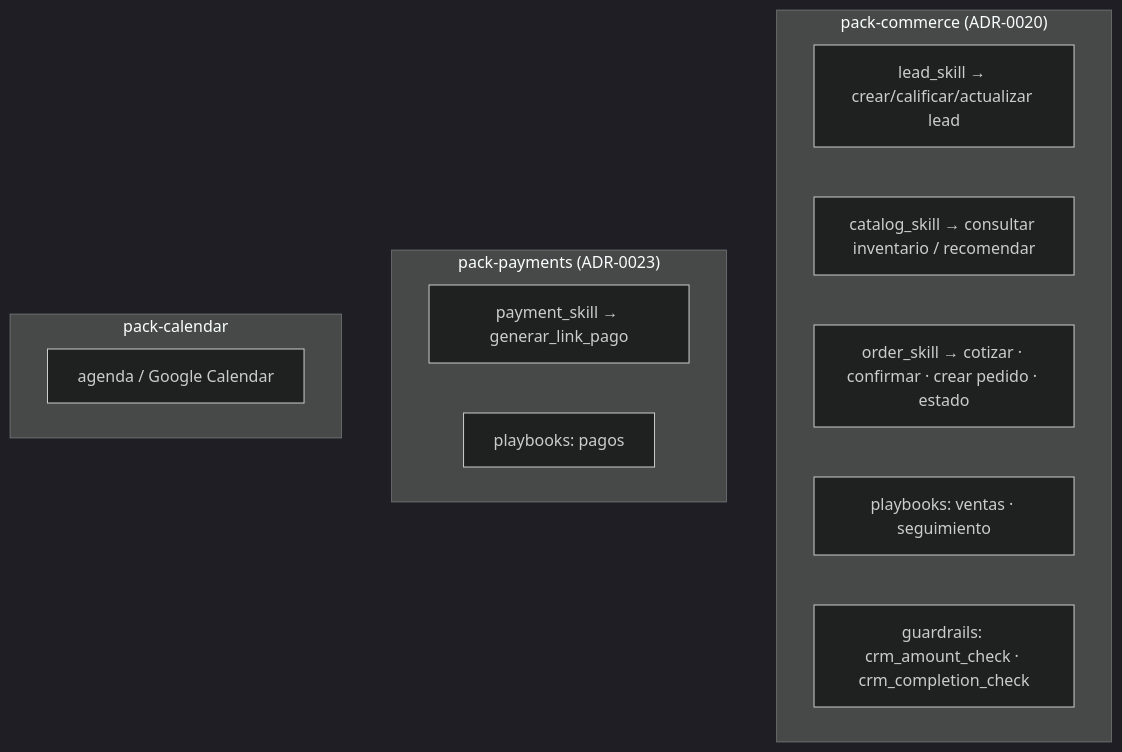
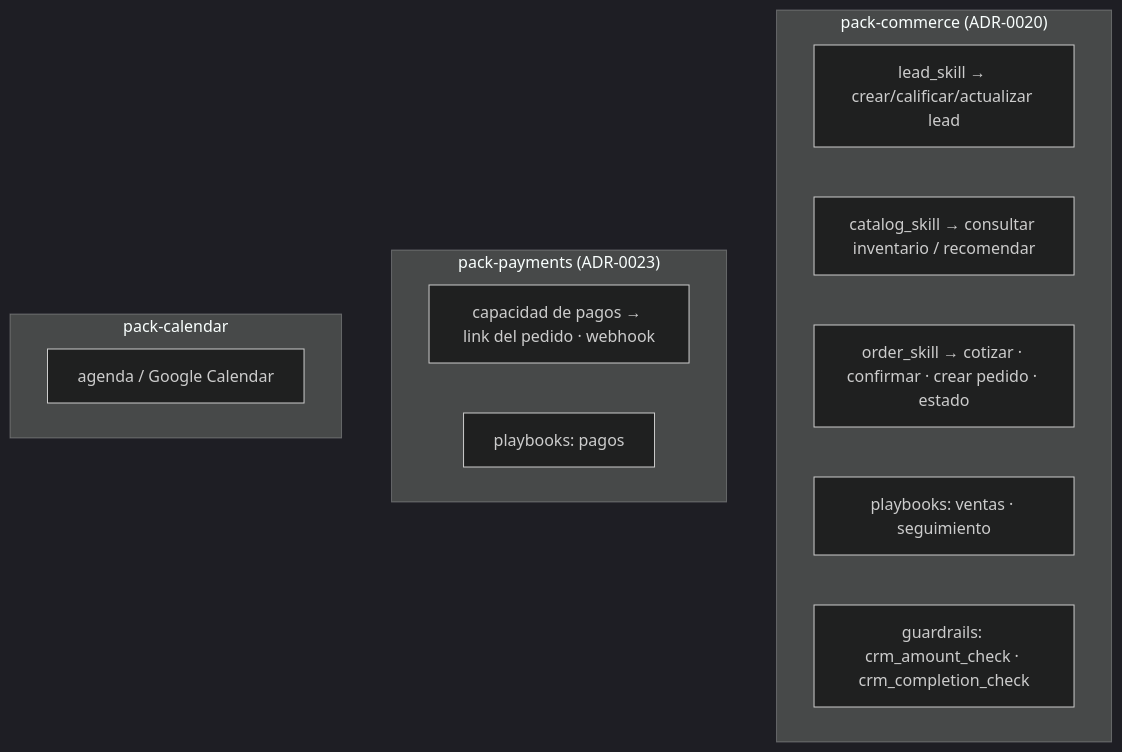
The fifth of 8 diagrams in docs/ASSISTANT-OS.md (devrochy/agent-core), drawn with Mermaid (dark theme) before and after one commit. The commit also changed 29 other files, not shown here.

First line of the commit message:
fix(payments): retirar generar_link_pago; el cobro del pedido va por confirmar_pago_pedido

````diff
--- a/docs/ASSISTANT-OS.md
+++ b/docs/ASSISTANT-OS.md
@@ -167,17 +167,17 @@
 ```mermaid
 graph TB
   subgraph PC["pack-commerce (ADR-0020)"]
     S1[lead_skill → crear/calificar/actualizar lead]
     S2[catalog_skill → consultar inventario / recomendar]
     S3[order_skill → cotizar · confirmar · crear pedido · estado]
     PB1[playbooks: ventas · seguimiento]
     G1[guardrails: crm_amount_check · crm_completion_check]
   end
   subgraph PP["pack-payments (ADR-0023)"]
-    S4[payment_skill → generar_link_pago]
+    S4[capacidad de pagos → link del pedido · webhook]
     PB2[playbooks: pagos]
   end
   subgraph PCAL["pack-calendar"]
     S5[agenda / Google Calendar]
   end
 ```
````
